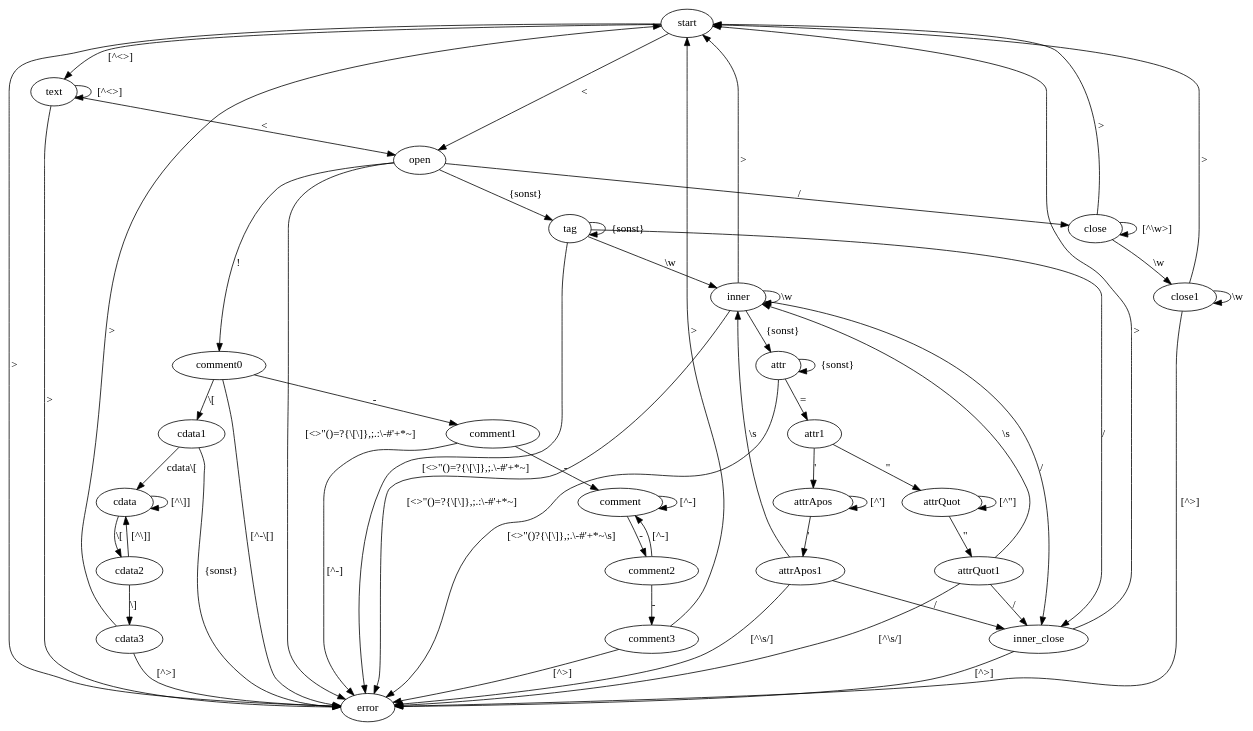
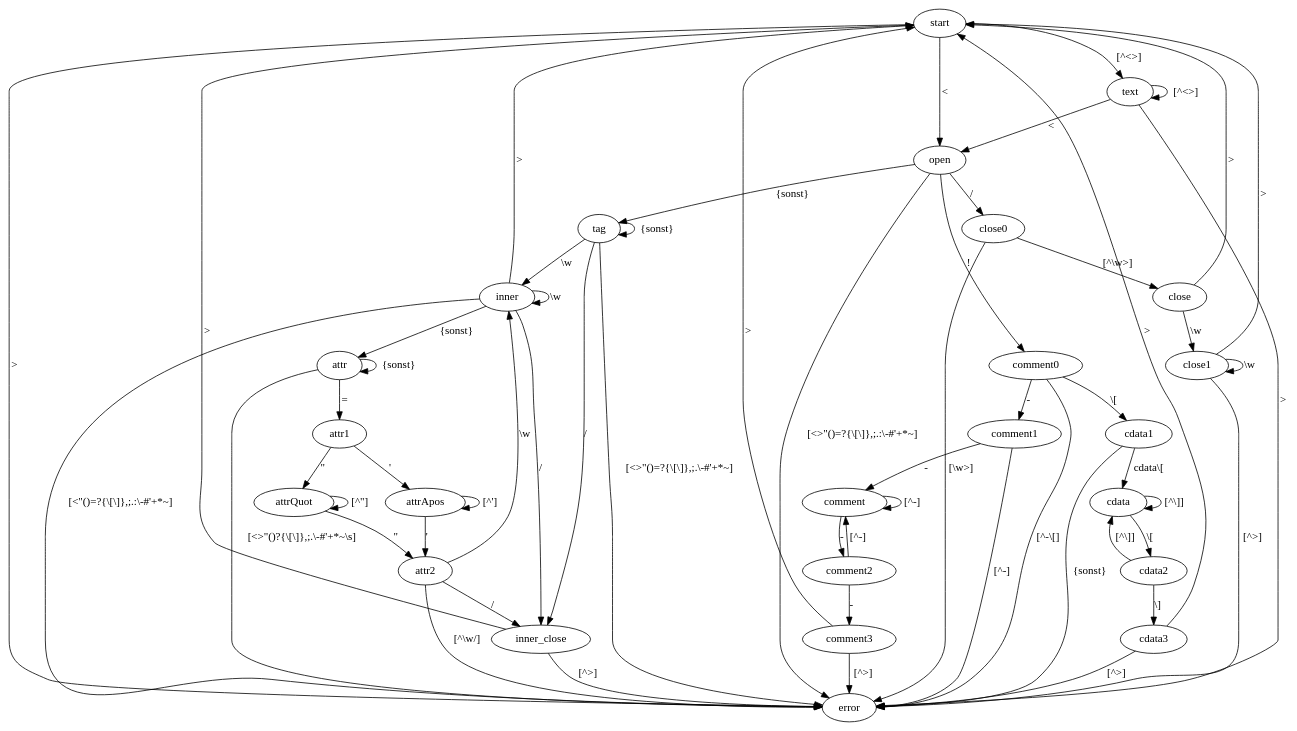
One commit to zhongxinhua/sose10-swp-uebersetzerbau changed the diagram in trunk/ourStAX/xml.dot. Above: the diagram before and after it, drawn with Graphviz. The commit also changed 4 other files, not shown here.

```diff
--- a/trunk/ourStAX/xml.dot
+++ b/trunk/ourStAX/xml.dot
@@ -1,73 +1,72 @@
 digraph XML {
 	start -> open [ label="<" ];
 	start -> error [ label=">" ];
 	start -> text [ label="[^<>]" ];
 	text -> text [ label="[^<>]" ];
 	text -> error [ label=">" ];
 	text -> open [ label="<" ];
 	
 	open -> comment0 [ label="!" ];
 	comment0 -> comment1 [ label="-" ];
 	comment0 -> error [ label="[^-\\[]" ];
 	comment1 -> comment [ label="-" ];
 	comment1 -> error [ label="[^-]" ];
 	comment -> comment2 [ label="-" ];
 	comment -> comment [ label="[^-]" ];
 	comment2 -> comment3 [ label="-" ];
 	comment2 -> comment [ label="[^-]" ];
 	comment3 -> start [ label=">" ];
 	comment3 -> error [ label="[^>]" ];
 	
 	comment0 -> cdata1 [ label="\\[" ];
 	cdata1 -> cdata [ label="cdata\\[" ];
 	cdata1 -> error [ label="{sonst}" ];
 	cdata -> cdata2 [ label="\\[" ];
 	cdata -> cdata [ label="[^\\]]" ];
 	cdata2 -> cdata3 [ label="\\]" ];
 	cdata2 -> cdata [ label="[^\\]]" ];
 	cdata3 -> start [ label=">" ];
 	cdata3 -> error [ label="[^>]" ];
 	
-	open -> close [ label="/" ];
-	close -> close [ label="[^\\w>]" ];
+	open -> close0 [ label="/" ];
+	close0 -> close [ label="[^\\w>]" ];
+	close0 -> error [ label="[\\w>]" ];
 	close -> close1 [ label="\\w" ];
 	close1 -> close1 [ label="\\w" ];
 	close -> start [ label=">" ];
 	close1 -> start [ label=">" ];
 	close1 -> error [ label="[^>]" ];
 	
 	open -> error [ label="[<>\"()=?{\\[\\]},;.:\\-#'+*~]" ];
 	
 	open -> tag [ label="{sonst}" ];
 	tag -> error [ label="[<>\"()=?{\\[\\]},;.\\-#'+*~]" ];
 	tag -> inner [ label="\\w" ];
 	tag -> inner_close [ label="/" ];
 	tag -> tag [ label="{sonst}" ];
 	
-	inner -> error [ label="[<>\"()=?{\\[\\]},;.:\\-#'+*~]" ];
+	inner -> error [ label="[<\"()=?{\\[\\]},;.:\\-#'+*~]" ];
 	inner -> inner [ label="\\w" ];
 	
 	inner -> start [ label=">" ];
 	inner -> inner_close [ label="/" ];
 	inner_close -> start [ label=">" ];
 	inner_close -> error [ label="[^>]" ];
 	
 	inner -> attr [ label="{sonst}" ];
 	attr -> error [ label="[<>\"()?{\\[\\]},;.\\-#'+*~\\s]" ];
 	attr -> attr1 [ label="=" ];
 	attr -> attr [ label="{sonst}" ];
 	
 	attr1 -> attrQuot [ label="\"" ];
 	attrQuot -> attrQuot [ label="[^\"]" ];
-	attrQuot -> attrQuot1 [ label="\"" ];
-	attrQuot1 -> inner_close [ label="/" ];
-	attrQuot1 -> inner [ label="\\s" ];
-	attrQuot1 -> error [ label="[^\\s/]" ];
+	attrQuot -> attr2 [ label="\"" ];
 	
 	attr1 -> attrApos [ label="'" ];
 	attrApos -> attrApos [ label="[^']" ];
-	attrApos -> attrApos1 [ label="'" ];
-	attrApos1 -> inner_close [ label="/" ];
-	attrApos1 -> inner [ label="\\s" ];
-	attrApos1 -> error [ label="[^\\s/]" ];
+	attrApos -> attr2 [ label="'" ];
+	
+	attr2 -> inner_close [ label="/" ];
+	attr2 -> inner [ label="\\w" ];
+	attr2 -> error [ label="[^\\w/]" ];
 }
```
